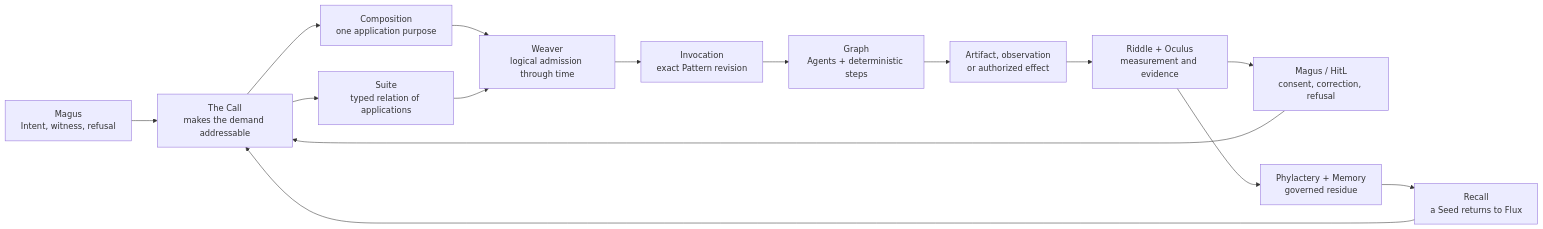
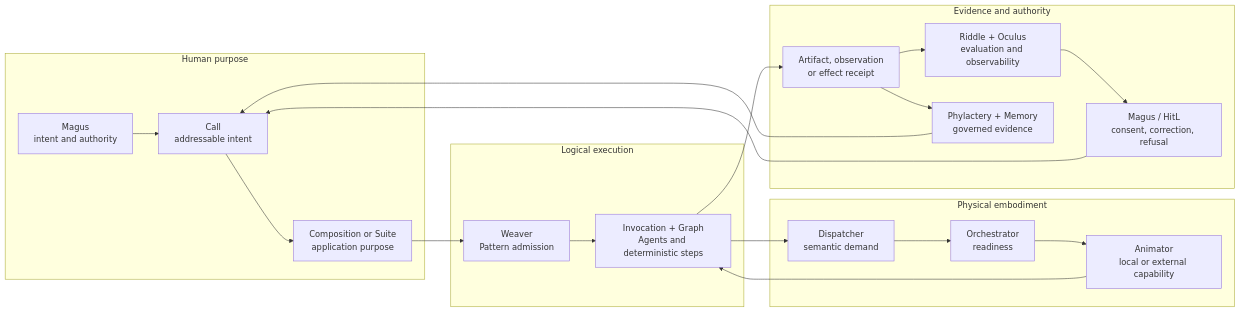
The diagram in docs/map.md (hexanomicon/lychd), drawn with Mermaid before and after one commit. The commit also changed other lines of this file and 159 other files, not shown here.

````diff
--- a/docs/map.md
+++ b/docs/map.md
@@ -27,17 +15,25 @@
 ```mermaid
 flowchart LR
-    M["Magus<br/>Intent, witness, refusal"] --> C["The Call<br/>makes the demand addressable"]
-    C --> A["Composition<br/>one application purpose"]
-    C --> S["Suite<br/>typed relation of applications"]
-    A --> W["Weaver<br/>logical admission through time"]
-    S --> W
-    W --> I["Invocation<br/>exact Pattern revision"]
-    I --> G["Graph<br/>Agents + deterministic steps"]
-    G --> O["Artifact, observation<br/>or authorized effect"]
-    O --> E["Riddle + Oculus<br/>measurement and evidence"]
-    E --> H["Magus / HitL<br/>consent, correction, refusal"]
-    E --> K["Phylactery + Memory<br/>governed residue"]
-    H --> C
-    K --> R["Recall<br/>a Seed returns to Flux"]
-    R --> C
+    subgraph U["Human purpose"]
+        M["Magus<br/>intent and authority"] --> C["Call<br/>addressable intent"]
+        C --> A["Composition or Suite<br/>application purpose"]
+    end
+    subgraph L["Logical execution"]
+        A --> W["Weaver<br/>Pattern admission"]
+        W --> G["Invocation + Graph<br/>Agents and deterministic steps"]
+    end
+    subgraph P["Physical embodiment"]
+        G --> D["Dispatcher<br/>semantic demand"]
+        D --> O["Orchestrator<br/>readiness"]
+        O --> N["Animator<br/>local or external capability"]
+        N --> G
+    end
+    subgraph E["Evidence and authority"]
+        G --> R["Artifact, observation<br/>or effect receipt"]
+        R --> V["Riddle + Oculus<br/>evaluation and observability"]
+        V --> H["Magus / HitL<br/>consent, correction, refusal"]
+        R --> K["Phylactery + Memory<br/>governed evidence"]
+        H --> C
+        K --> C
+    end
 ```
````
